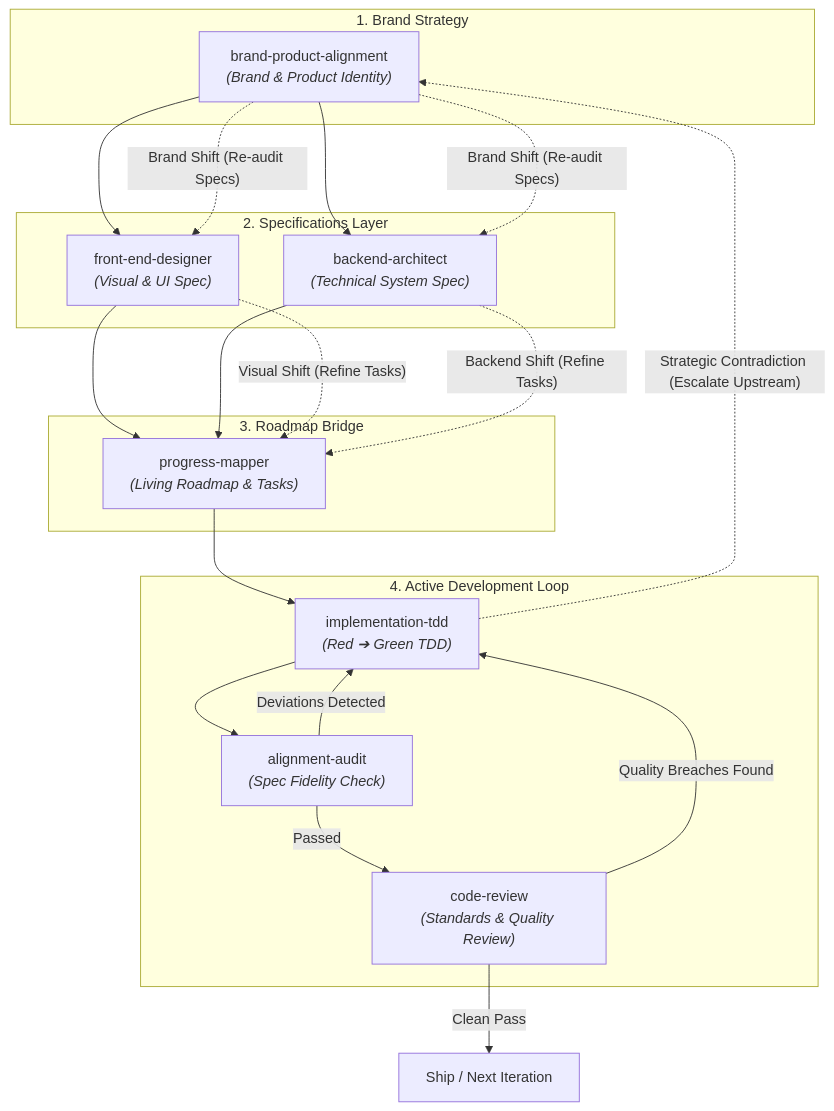
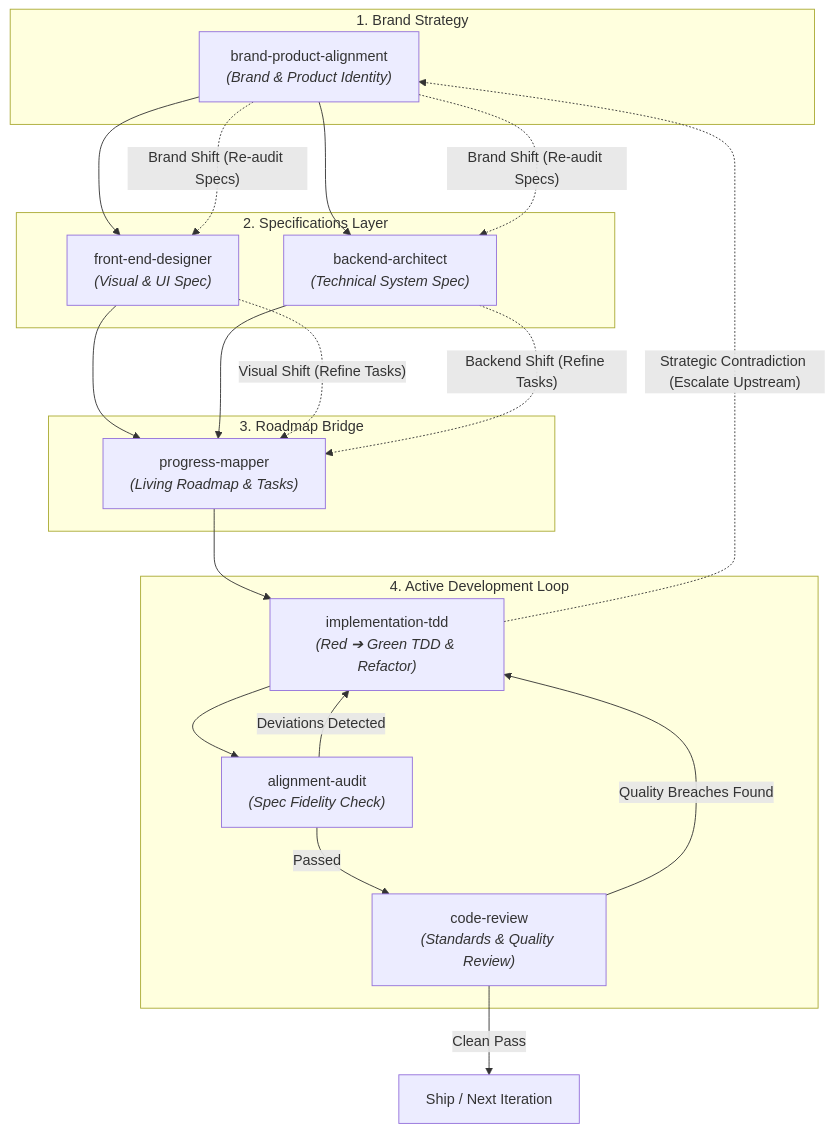
Before and after one commit to dimsedra/moatcraft-skills: the diagram in .agents/skills/agentic-dev-loop/SKILL.md, drawn with Mermaid. The commit also changed other lines of this file and 7 other files, not shown here.

````diff
--- a/.agents/skills/agentic-dev-loop/SKILL.md
+++ b/.agents/skills/agentic-dev-loop/SKILL.md
@@ -14,46 +14,46 @@
 ```mermaid
 flowchart TD
     subgraph Layer1 ["1. Brand Strategy"]
         A["brand-product-alignment<br/><i>(Brand & Product Identity)</i>"]
     end
 
     subgraph Layer2 ["2. Specifications Layer"]
         B1["front-end-designer<br/><i>(Visual & UI Spec)</i>"]
         B2["backend-architect<br/><i>(Technical System Spec)</i>"]
     end
 
     subgraph Layer3 ["3. Roadmap Bridge"]
         MAP["progress-mapper<br/><i>(Living Roadmap & Tasks)</i>"]
     end
 
     subgraph Layer4 ["4. Active Development Loop"]
-        TDD["implementation-tdd<br/><i>(Red ➔ Green TDD)</i>"]
+        TDD["implementation-tdd<br/><i>(Red ➔ Green TDD & Refactor)</i>"]
         AUDIT["alignment-audit<br/><i>(Spec Fidelity Check)</i>"]
         REVIEW["code-review<br/><i>(Standards & Quality Review)</i>"]
     end
 
     SHIP["Ship / Next Iteration"]
 
     %% Primary Downstream Flow
     A --> B1
     A --> B2
     B1 --> MAP
     B2 --> MAP
     MAP --> TDD
 
     %% Active Inner Loop
     TDD --> AUDIT
     AUDIT -- "Deviations Detected" --> TDD
     AUDIT -- "Passed" --> REVIEW
     REVIEW -- "Quality Breaches Found" --> TDD
     REVIEW -- "Clean Pass" --> SHIP
 
     %% Mid-Flight Cascade Re-audit (Brand Shift -> Front-End & Back-End -> Progress Mapper)
     A -. "Brand Shift (Re-audit Specs)" .-> B1
     A -. "Brand Shift (Re-audit Specs)" .-> B2
     B1 -. "Visual Shift (Refine Tasks)" .-> MAP
     B2 -. "Backend Shift (Refine Tasks)" .-> MAP
 
     %% Bottom-Up Strategic Escalation
     TDD -. "Strategic Contradiction (Escalate Upstream)" .-> A
 ```
````
